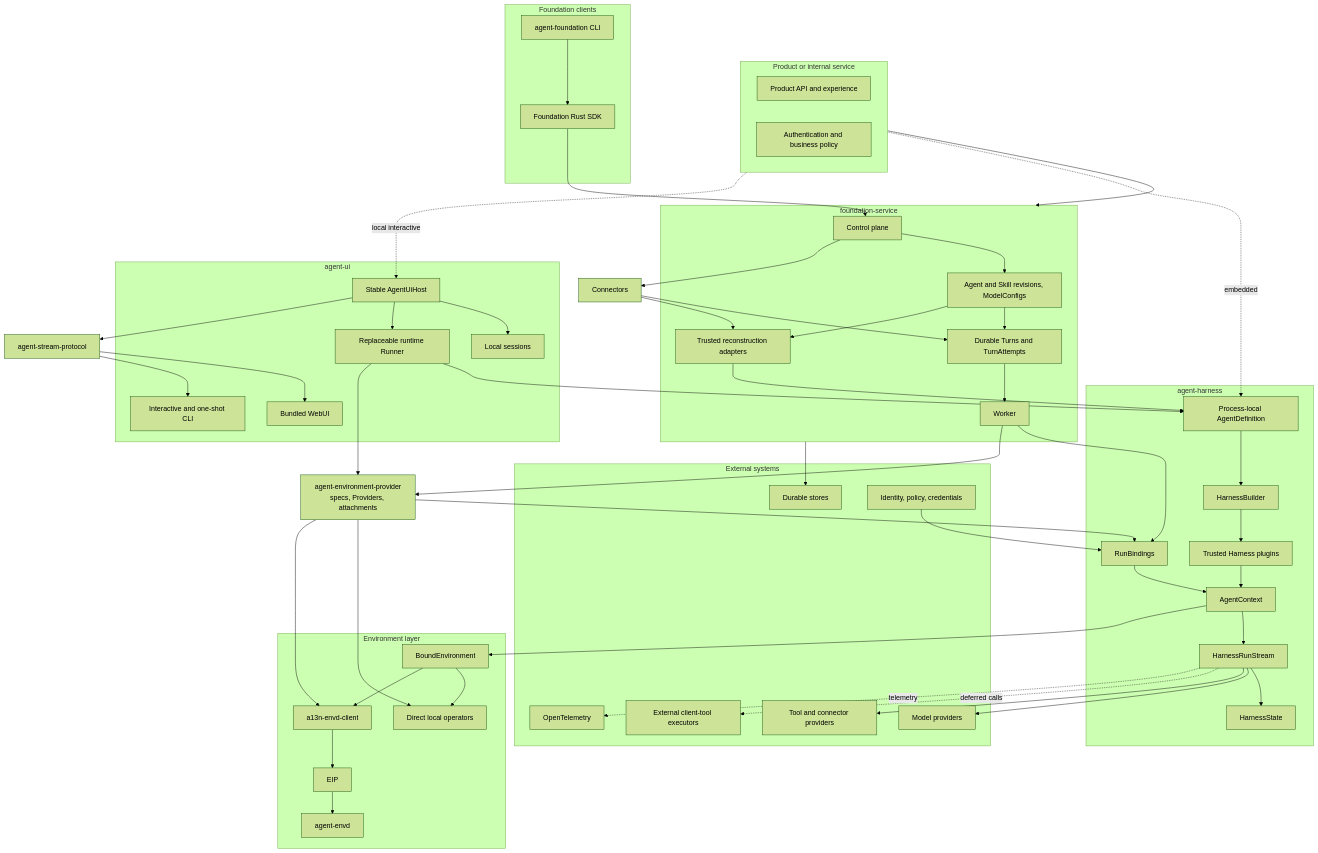
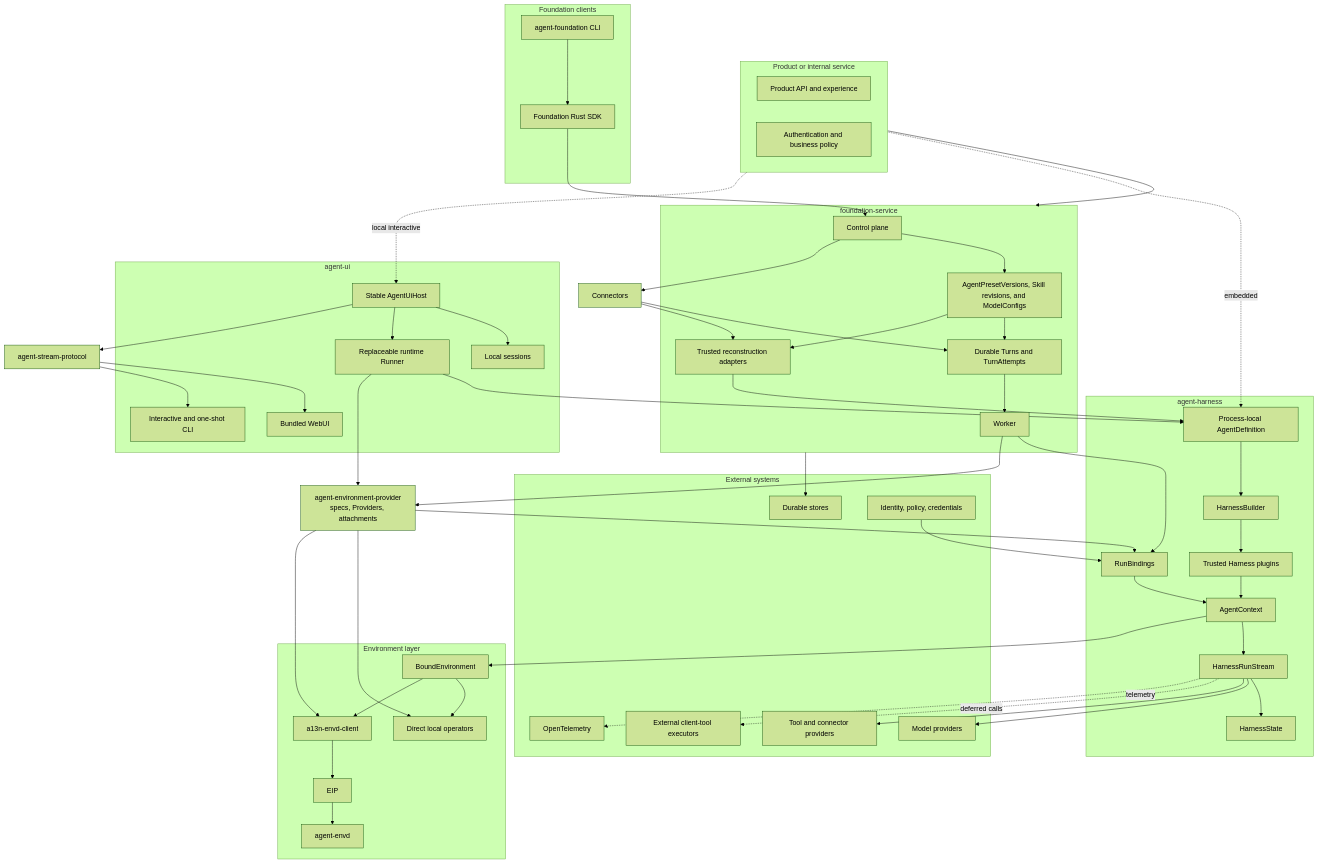
One commit to LTThreeComma/agent-foundation changed the first of 4 diagrams in spec/README.md. Above: the diagram before and after it, drawn with Mermaid (forest theme). The commit also changed other lines of this file and 23 other files, not shown here.

```diff
--- a/spec/README.md
+++ b/spec/README.md
@@ -29,7 +29,7 @@
 
     subgraph Service[foundation-service]
         Control[Control plane]
-        Definitions[Agent and Skill revisions, ModelConfigs]
+        Definitions[AgentPresetVersions, Skill revisions, and ModelConfigs]
         Lifecycle[Durable Turns and TurnAttempts]
         Worker[Worker]
         Reconstruct[Trusted reconstruction adapters]
```
